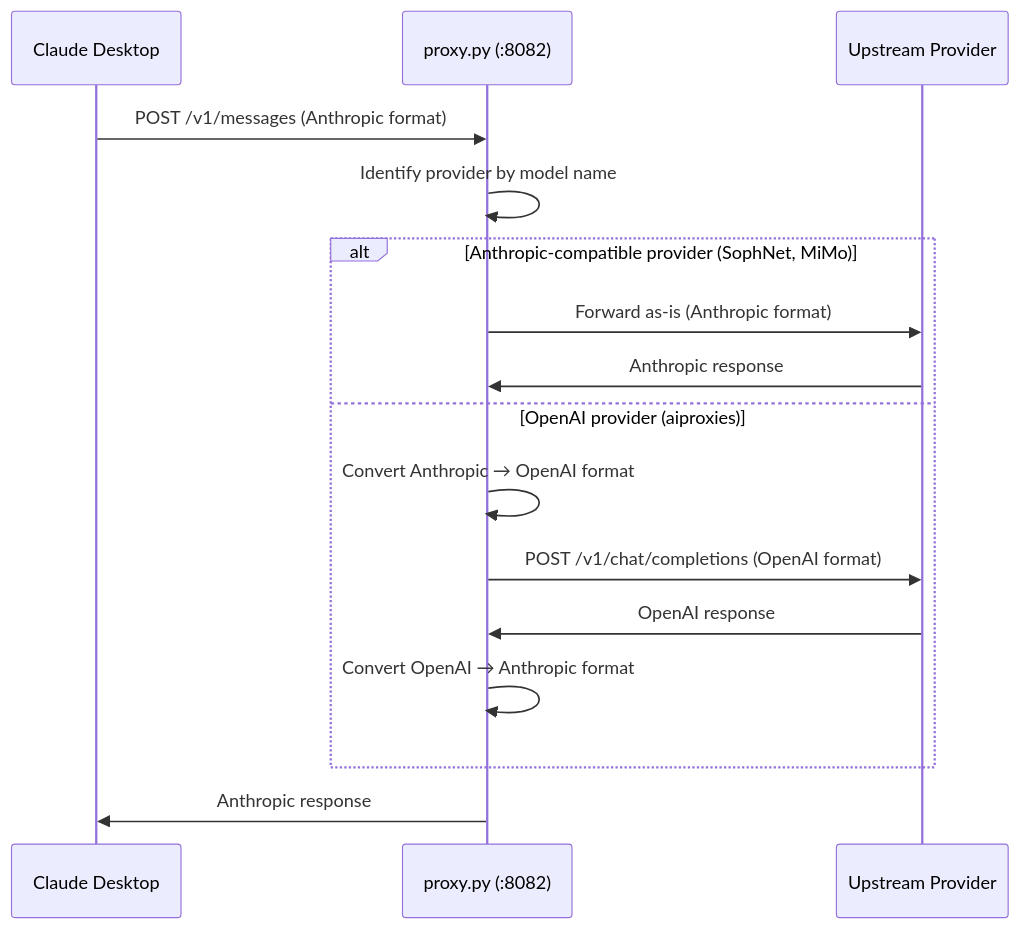
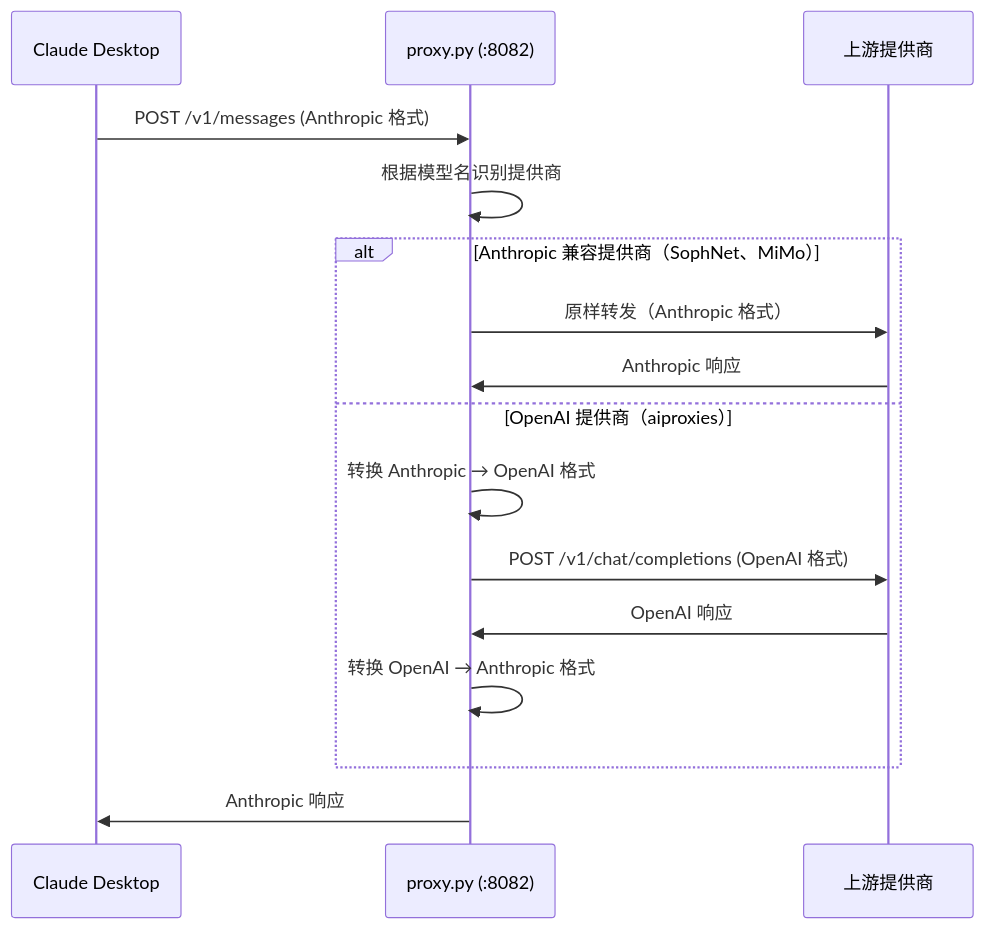
One commit to cheer932041235/api-gateway changed the second of 3 diagrams in README.md. Above: the diagram before and after it, drawn with Mermaid. The commit also changed other lines of this file, not shown here.

````diff
--- a/README.md
+++ b/README.md
@@ -224,21 +225,21 @@
 ```mermaid
 sequenceDiagram
     participant CD as Claude Desktop
     participant GW as proxy.py (:8082)
-    participant UP as Upstream Provider
+    participant UP as 上游提供商
 
-    CD->>GW: POST /v1/messages (Anthropic format)
-    GW->>GW: Identify provider by model name
+    CD->>GW: POST /v1/messages (Anthropic 格式)
+    GW->>GW: 根据模型名识别提供商
     
-    alt Anthropic-compatible provider (SophNet, MiMo)
-        GW->>UP: Forward as-is (Anthropic format)
-        UP->>GW: Anthropic response
-    else OpenAI provider (aiproxies)
-        GW->>GW: Convert Anthropic → OpenAI format
-        GW->>UP: POST /v1/chat/completions (OpenAI format)
-        UP->>GW: OpenAI response
-        GW->>GW: Convert OpenAI → Anthropic format
+    alt Anthropic 兼容提供商（SophNet、MiMo）
+        GW->>UP: 原样转发（Anthropic 格式）
+        UP->>GW: Anthropic 响应
+    else OpenAI 提供商（aiproxies）
+        GW->>GW: 转换 Anthropic → OpenAI 格式
+        GW->>UP: POST /v1/chat/completions (OpenAI 格式)
+        UP->>GW: OpenAI 响应
+        GW->>GW: 转换 OpenAI → Anthropic 格式
     end
     
-    GW->>CD: Anthropic response
+    GW->>CD: Anthropic 响应
 ```
````
